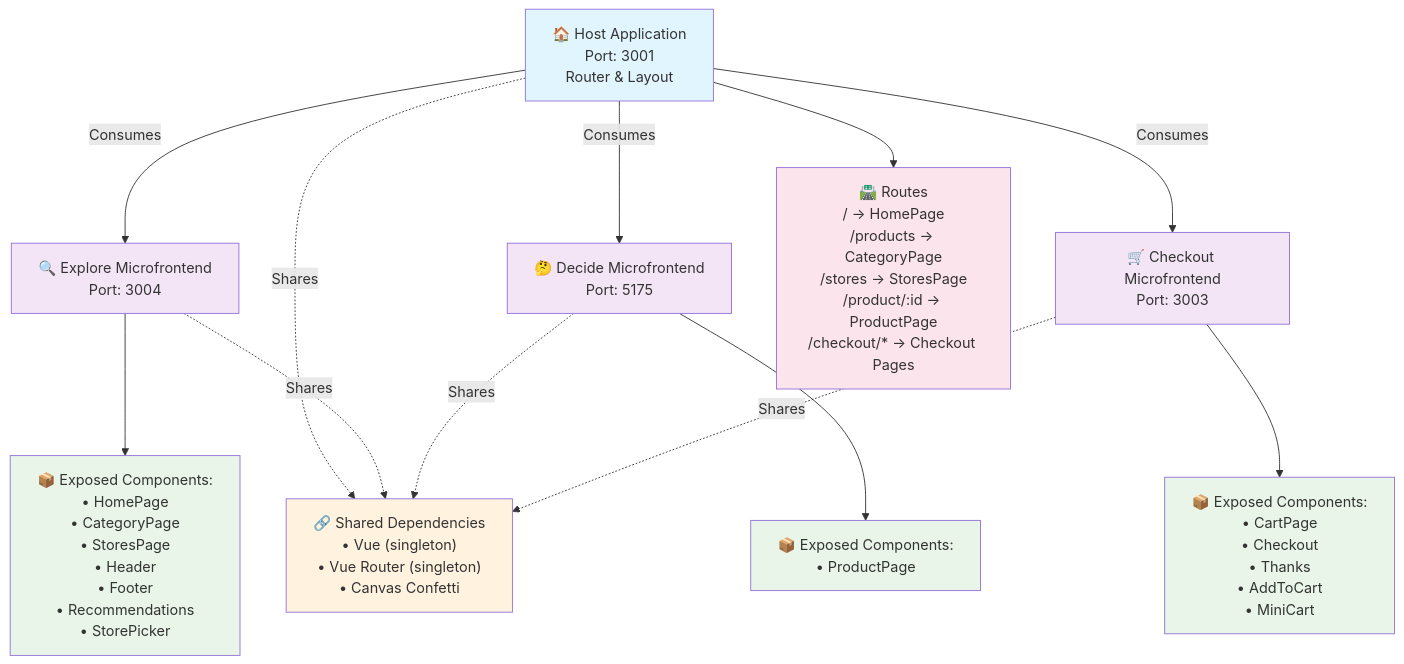
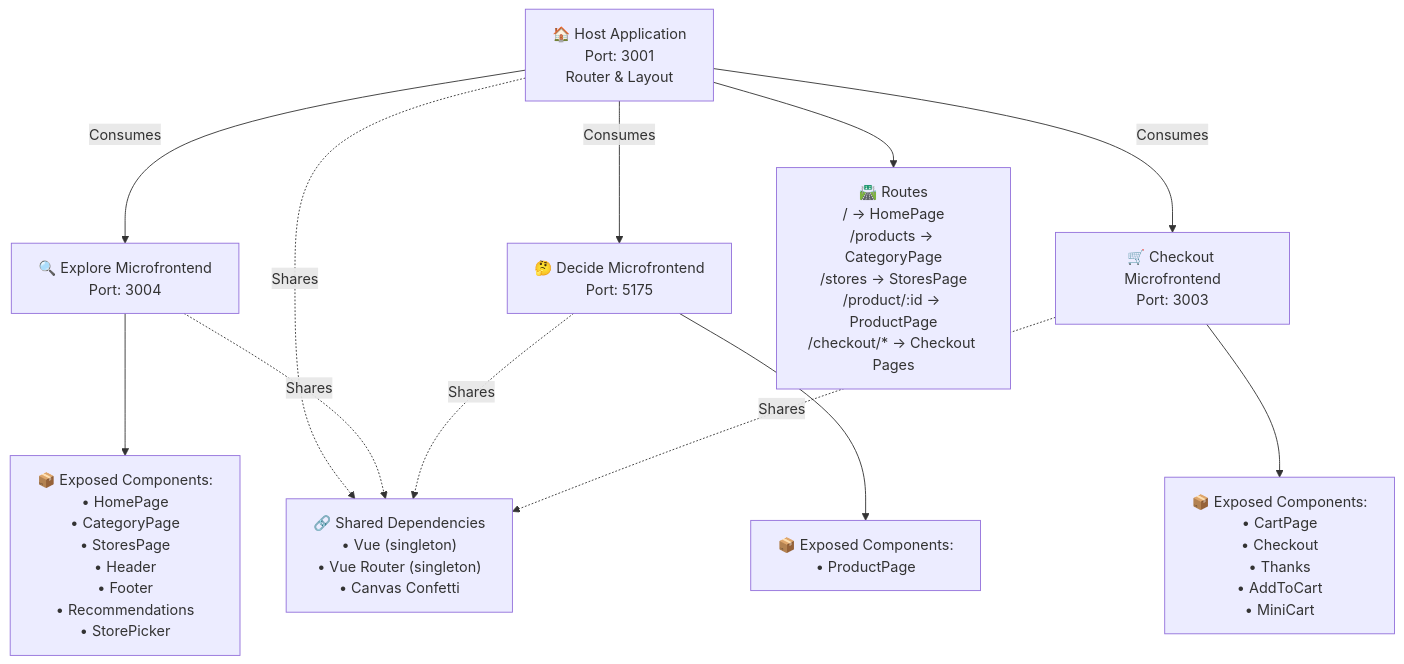
The diagram in README.md (alexanderop/tractorStoreVueModuleFederation), drawn with Mermaid before and after one commit. The commit also changed other lines of this file, not shown here.

Commit message:
refactor: remove styling definitions and author section from README

````diff
--- a/README.md
+++ b/README.md
@@ -48,52 +48,40 @@
 ```mermaid
 graph TD
     %% Host Application (Shell)
     Host["🏠 Host Application<br/>Port: 3001<br/>Router & Layout"]
     
     %% Microfrontends
     Explore["🔍 Explore Microfrontend<br/>Port: 3004"]
     Decide["🤔 Decide Microfrontend<br/>Port: 5175"]
     Checkout["🛒 Checkout Microfrontend<br/>Port: 3003"]
     
     %% Host consumes from remotes
     Host -->|Consumes| Explore
     Host -->|Consumes| Decide
     Host -->|Consumes| Checkout
     
     %% Explore exposed components
     Explore --> ExploreComponents["📦 Exposed Components:<br/>• HomePage<br/>• CategoryPage<br/>• StoresPage<br/>• Header<br/>• Footer<br/>• Recommendations<br/>• StorePicker"]
     
     %% Decide exposed components
     Decide --> DecideComponents["📦 Exposed Components:<br/>• ProductPage"]
     
     %% Checkout exposed components
     Checkout --> CheckoutComponents["📦 Exposed Components:<br/>• CartPage<br/>• Checkout<br/>• Thanks<br/>• AddToCart<br/>• MiniCart"]
     
     %% Shared dependencies
     SharedDeps["🔗 Shared Dependencies<br/>• Vue (singleton)<br/>• Vue Router (singleton)<br/>• Canvas Confetti"]
     
     Host -.->|Shares| SharedDeps
     Explore -.->|Shares| SharedDeps
     Decide -.->|Shares| SharedDeps
     Checkout -.->|Shares| SharedDeps
     
     %% Note: All remote component consumption is handled through the host
     %% No direct cross-microfrontend dependencies
     
     %% Routing
     Routes["🛣️ Routes<br/>/ → HomePage<br/>/products → CategoryPage<br/>/stores → StoresPage<br/>/product/:id → ProductPage<br/>/checkout/* → Checkout Pages"]
     Host --> Routes
     
-    %% Styling
-    classDef host fill:#e1f5fe
-    classDef microfrontend fill:#f3e5f5
-    classDef components fill:#e8f5e8
-    classDef shared fill:#fff3e0
-    classDef routes fill:#fce4ec
-    
-    class Host host
-    class Explore,Decide,Checkout microfrontend
-    class ExploreComponents,DecideComponents,CheckoutComponents components
-    class SharedDeps shared
-    class Routes routes
 ```
````
